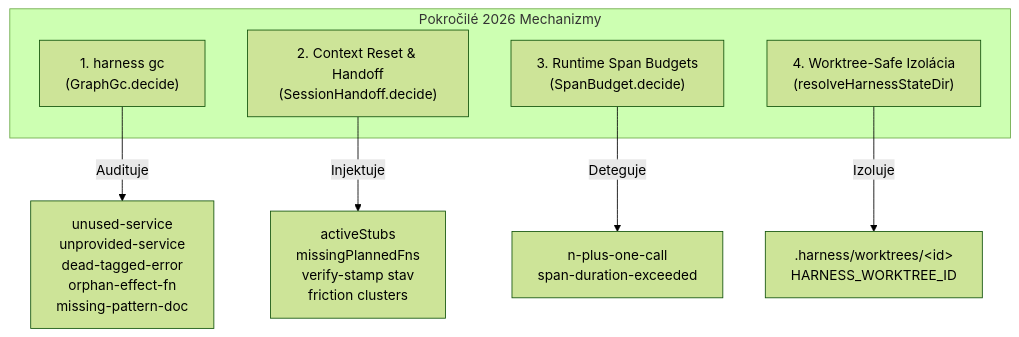
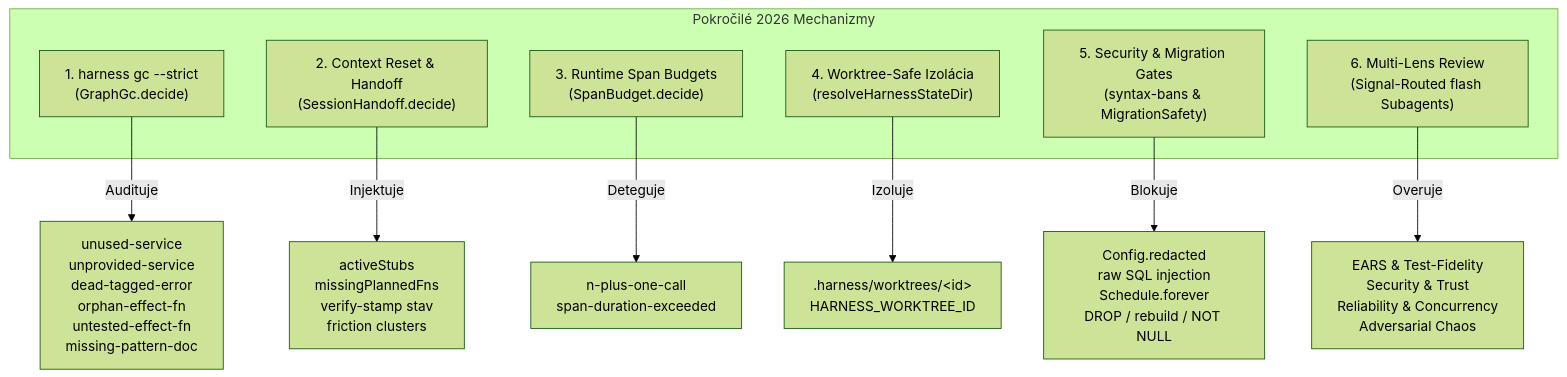
The fifth of 5 diagrams in docs/architecture-and-workflow.md (selmeci/effect-es), drawn with Mermaid (forest theme) before and after one commit. The commit also changed other lines of this file and 37 other files, not shown here.

Commit message:
feat(harness): add security, reliability, migration & test-reachability gates and specialist review agents

````diff
--- a/docs/architecture-and-workflow.md
+++ b/docs/architecture-and-workflow.md
@@ -652,14 +657,18 @@
 ```mermaid
 graph TD
     subgraph "Pokročilé 2026 Mechanizmy"
-        GC["1. harness gc<br/>(GraphGc.decide)"]
+        GC["1. harness gc --strict<br/>(GraphGc.decide)"]
         HANDOFF["2. Context Reset & Handoff<br/>(SessionHandoff.decide)"]
         BUDGET["3. Runtime Span Budgets<br/>(SpanBudget.decide)"]
         WORKTREE["4. Worktree-Safe Izolácia<br/>(resolveHarnessStateDir)"]
+        GATES["5. Security & Migration Gates<br/>(syntax-bans & MigrationSafety)"]
+        LENSES["6. Multi-Lens Review<br/>(Signal-Routed flash Subagents)"]
     end
 
-    GC -->|Audituje| G_ENTROPY["unused-service<br/>unprovided-service<br/>dead-tagged-error<br/>orphan-effect-fn<br/>missing-pattern-doc"]
+    GC -->|Audituje| G_ENTROPY["unused-service<br/>unprovided-service<br/>dead-tagged-error<br/>orphan-effect-fn<br/>untested-effect-fn<br/>missing-pattern-doc"]
     HANDOFF -->|Injektuje| HO_DATA["activeStubs<br/>missingPlannedFns<br/>verify-stamp stav<br/>friction clusters"]
     BUDGET -->|Deteguje| B_VIOLATION["n-plus-one-call<br/>span-duration-exceeded"]
     WORKTREE -->|Izoluje| WT_DIR[".harness/worktrees/&lt;id&gt;<br/>HARNESS_WORKTREE_ID"]
+    GATES -->|Blokuje| G_SAFETY["Config.redacted<br/>raw SQL injection<br/>Schedule.forever<br/>DROP / rebuild / NOT NULL"]
+    LENSES -->|Overuje| L_SPECIALISTS["EARS & Test-Fidelity<br/>Security & Trust<br/>Reliability & Concurrency<br/>Adversarial Chaos"]
 ```
````
